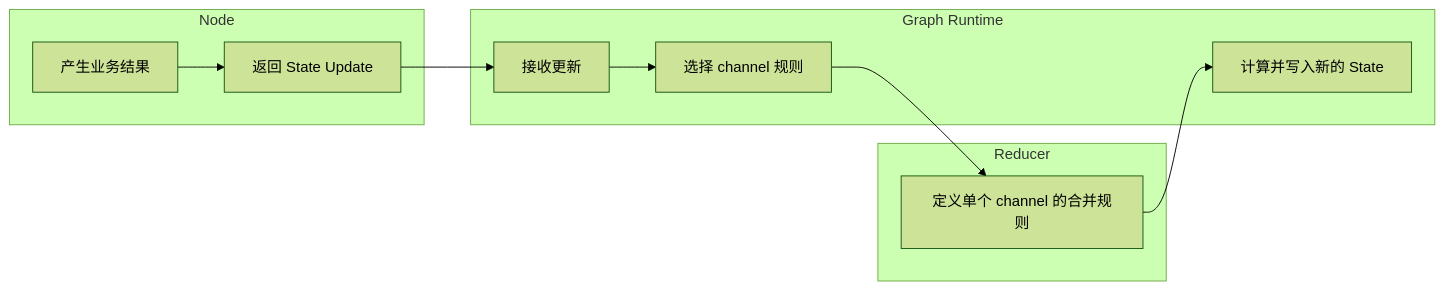
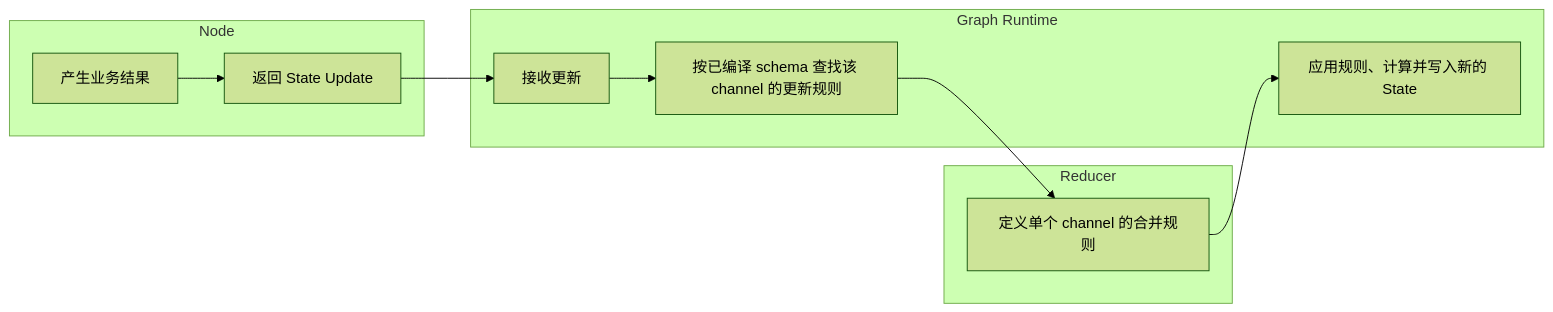
Before and after one commit to AnRun-M/enterprise-ai-agent-handbook: the sixth of 7 diagrams in docs/03-langgraph-core/ch12-reducer.md, drawn with Mermaid (forest theme). The commit also changed other lines of this file and 2 other files, not shown here.

````diff
--- a/docs/03-langgraph-core/ch12-reducer.md
+++ b/docs/03-langgraph-core/ch12-reducer.md
@@ -154,17 +162,17 @@
 ```mermaid
 flowchart LR
     subgraph N["Node"]
         N1["产生业务结果"]
         N2["返回 State Update"]
     end
     subgraph R["Reducer"]
         R1["定义单个 channel 的合并规则"]
     end
     subgraph G["Graph Runtime"]
         G1["接收更新"]
-        G2["选择 channel 规则"]
-        G3["计算并写入新的 State"]
+        G2["按已编译 schema 查找该 channel 的更新规则"]
+        G3["应用规则、计算并写入新的 State"]
     end
     N1 --> N2
     N2 --> G1 --> G2 --> R1 --> G3
 ```
````
